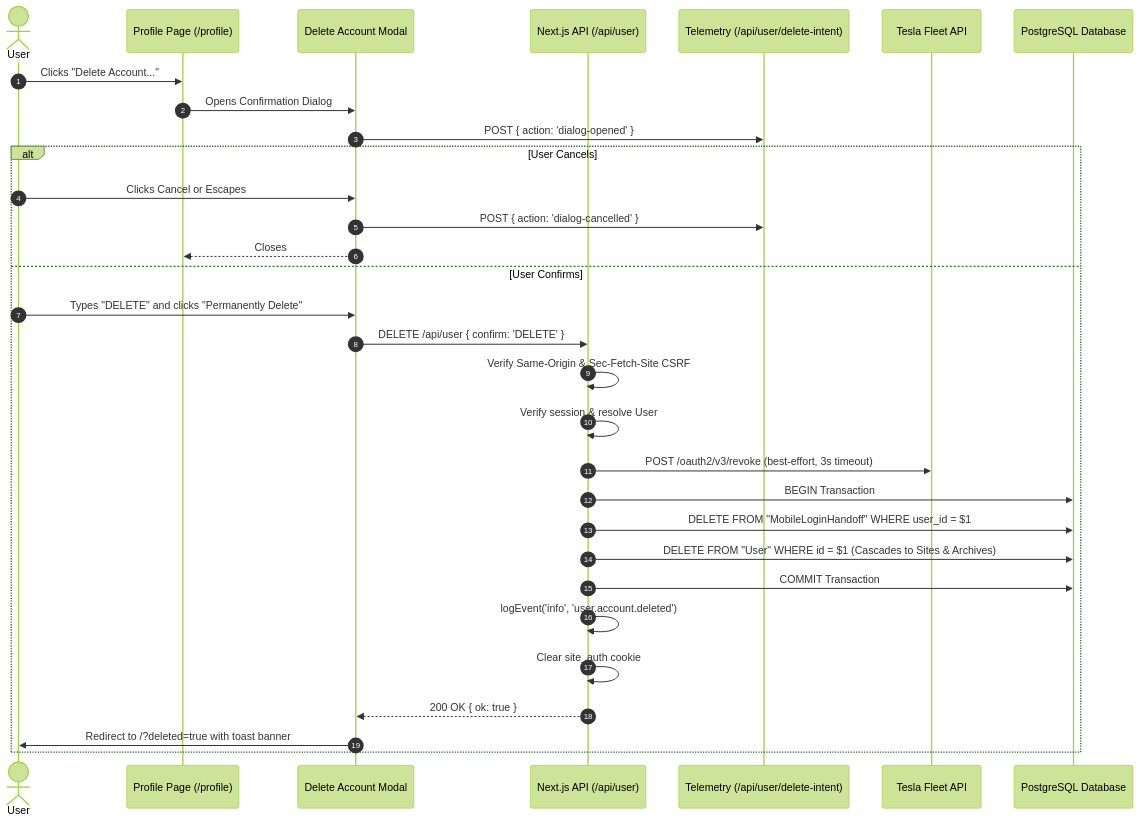
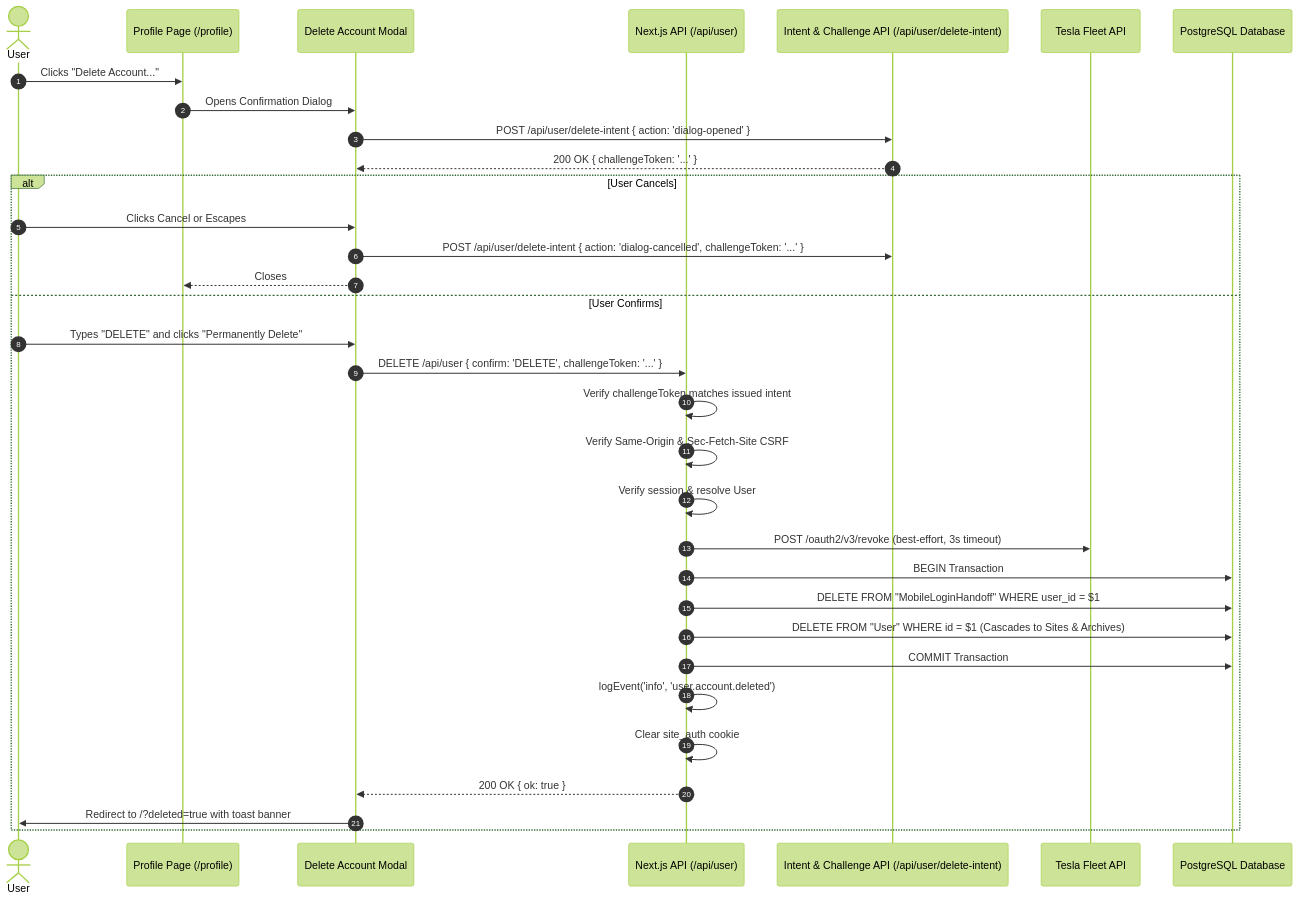
The diagram in docs/superpowers/specs/2026-11-08-user-account-deletion-design.md (KevM/pwusage), drawn with Mermaid (forest theme) before and after one commit. The commit also changed other lines of this file, not shown here.

Commit message:
docs: enhance account deletion spec with intent-issued challenge token barrier

````diff
--- a/docs/superpowers/specs/2026-11-08-user-account-deletion-design.md
+++ b/docs/superpowers/specs/2026-11-08-user-account-deletion-design.md
@@ -23,34 +23,36 @@
 ```mermaid
 sequenceDiagram
     autonumber
     actor User
     participant Profile as Profile Page (/profile)
     participant Modal as Delete Account Modal
     participant API as Next.js API (/api/user)
-    participant Telemetry as Telemetry (/api/user/delete-intent)
+    participant Telemetry as Intent & Challenge API (/api/user/delete-intent)
     participant Tesla as Tesla Fleet API
     participant DB as PostgreSQL Database
 
     User->>Profile: Clicks "Delete Account..."
     Profile->>Modal: Opens Confirmation Dialog
-    Modal->>Telemetry: POST { action: 'dialog-opened' }
+    Modal->>Telemetry: POST /api/user/delete-intent { action: 'dialog-opened' }
+    Telemetry-->>Modal: 200 OK { challengeToken: '...' }
     alt User Cancels
         User->>Modal: Clicks Cancel or Escapes
-        Modal->>Telemetry: POST { action: 'dialog-cancelled' }
+        Modal->>Telemetry: POST /api/user/delete-intent { action: 'dialog-cancelled', challengeToken: '...' }
         Modal-->>Profile: Closes
     else User Confirms
         User->>Modal: Types "DELETE" and clicks "Permanently Delete"
-        Modal->>API: DELETE /api/user { confirm: 'DELETE' }
+        Modal->>API: DELETE /api/user { confirm: 'DELETE', challengeToken: '...' }
+        API->>API: Verify challengeToken matches issued intent
         API->>API: Verify Same-Origin & Sec-Fetch-Site CSRF
         API->>API: Verify session & resolve User
         API->>Tesla: POST /oauth2/v3/revoke (best-effort, 3s timeout)
         API->>DB: BEGIN Transaction
         API->>DB: DELETE FROM "MobileLoginHandoff" WHERE user_id = $1
         API->>DB: DELETE FROM "User" WHERE id = $1 (Cascades to Sites & Archives)
         API->>DB: COMMIT Transaction
         API->>API: logEvent('info', 'user.account.deleted')
         API->>API: Clear site_auth cookie
         API-->>Modal: 200 OK { ok: true }
         Modal->>User: Redirect to /?deleted=true with toast banner
     end
 ```
````
